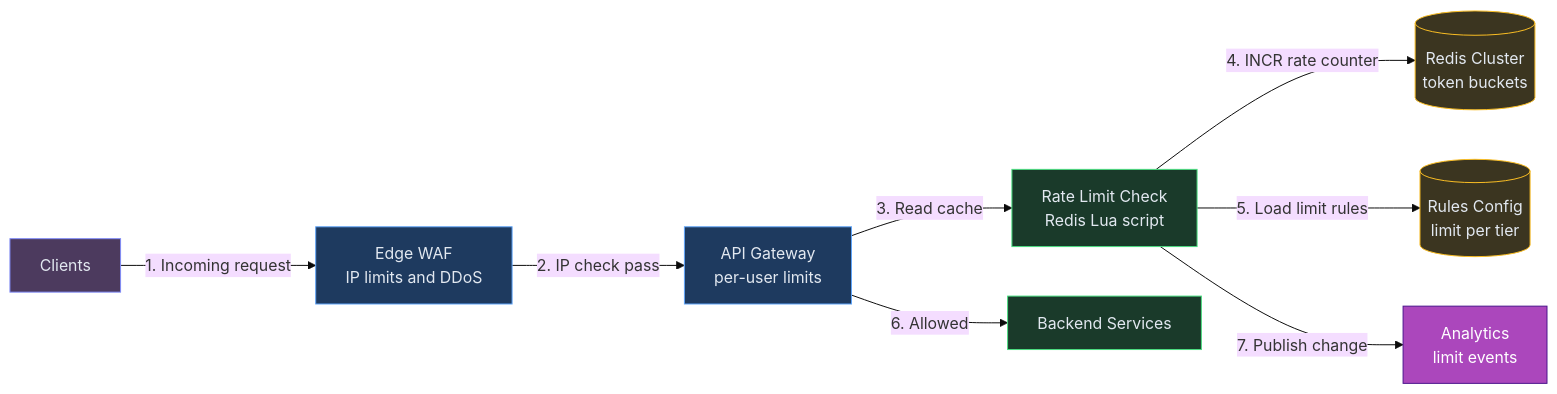
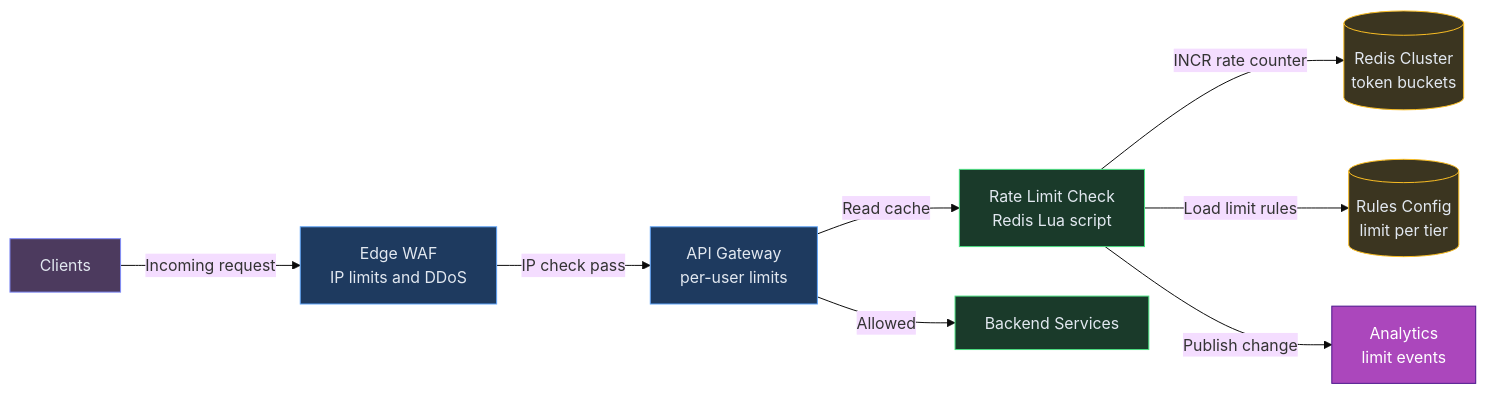
Diagram 15 of 15 in content/hld/RateLimiter.md (iluzn/HLD-Designs), drawn with Mermaid (base theme) before and after one commit. The commit also changed 26 other files, not shown here.

First line of the commit message:
fix(hld): Remove confusing number prefixes from final architecture diagrams

````diff
--- a/content/hld/RateLimiter.md
+++ b/content/hld/RateLimiter.md
@@ -697,25 +697,25 @@
 ```mermaid
 flowchart LR
     CLIENTS["Clients"]:::client
     EDGE["Edge WAF<br/>IP limits and DDoS"]:::edge
     GW["API Gateway<br/>per-user limits"]:::edge
     RL["Rate Limit Check<br/>Redis Lua script"]:::service
     REDIS[("Redis Cluster<br/>token buckets")]:::data
     RULES[("Rules Config<br/>limit per tier")]:::data
     API["Backend Services"]:::service
     K["Analytics<br/>limit events"]:::async
 
-    CLIENTS -->|"1. Incoming request"| EDGE
-    EDGE -->|"2. IP check pass"| GW
-    GW -->|"3. Read cache"| RL
-    RL -->|"4. INCR rate counter"| REDIS
-    RL -->|"5. Load limit rules"| RULES
-    GW -->|"6. Allowed"| API
-    RL -->|"7. Publish change"| K
+    CLIENTS -->|"Incoming request"| EDGE
+    EDGE -->|"IP check pass"| GW
+    GW -->|"Read cache"| RL
+    RL -->|"INCR rate counter"| REDIS
+    RL -->|"Load limit rules"| RULES
+    GW -->|"Allowed"| API
+    RL -->|"Publish change"| K
 
     classDef client fill:#4c3a5e,stroke:#818cf8,color:#e2e8f0
     classDef edge fill:#1e3a5f,stroke:#60a5fa,color:#e2e8f0
     classDef service fill:#1a3a2a,stroke:#4ade80,color:#e2e8f0
     classDef async fill:#AB47BC,stroke:#4A148C,color:#fff
     classDef data fill:#3b3520,stroke:#fbbf24,color:#e2e8f0
 ```
````
